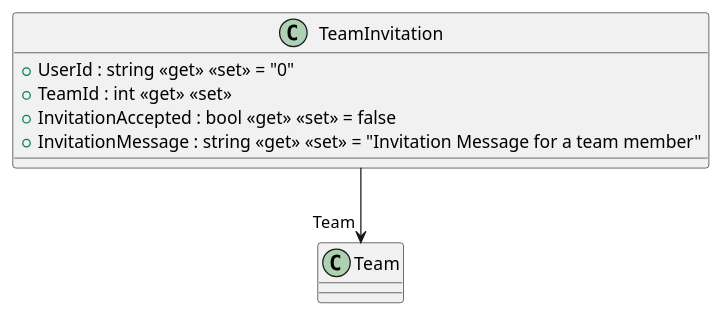
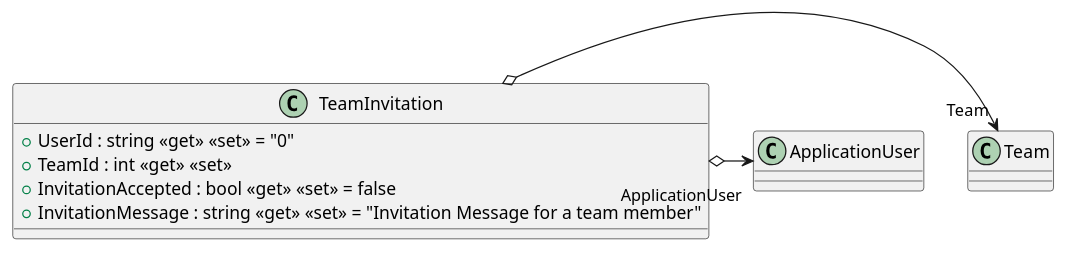
The diagram in src/AppForSEII.API/ClassDiagram/TeamInvitation.puml (SEII2627SEALLUAN/SEII2627SEALLUAN), drawn with PlantUML before and after one commit. The commit also changed 13 other files, not shown here.

Commit message:
Add CreateIdentitySchema migration for N:N relationships and updated class diagrams

```diff
--- a/src/AppForSEII.API/ClassDiagram/TeamInvitation.puml
+++ b/src/AppForSEII.API/ClassDiagram/TeamInvitation.puml
@@ -1,9 +1,10 @@
 @startuml
 class TeamInvitation {
     + UserId : string <<get>> <<set>> = "0"
     + TeamId : int <<get>> <<set>>
     + InvitationAccepted : bool <<get>> <<set>> = false
     + InvitationMessage : string <<get>> <<set>> = "Invitation Message for a team member"
 }
-TeamInvitation --> "Team" Team
+TeamInvitation o-> "Team" Team
+TeamInvitation o-> "ApplicationUser" ApplicationUser
 @enduml
```
